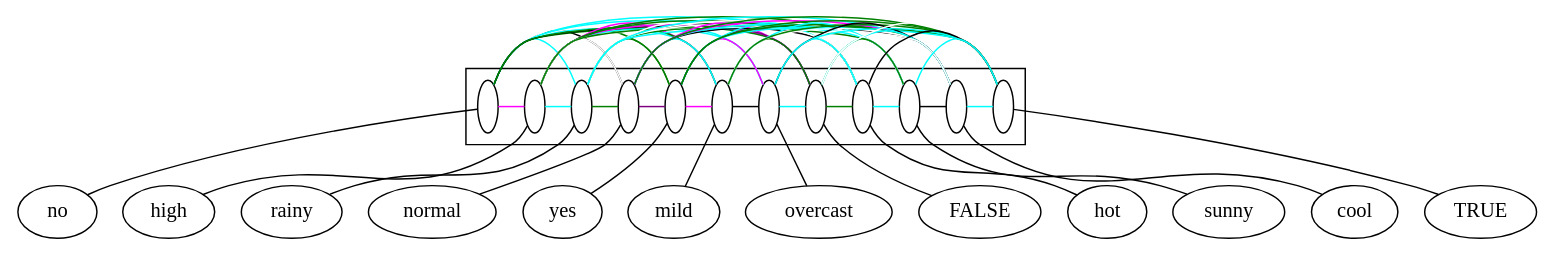
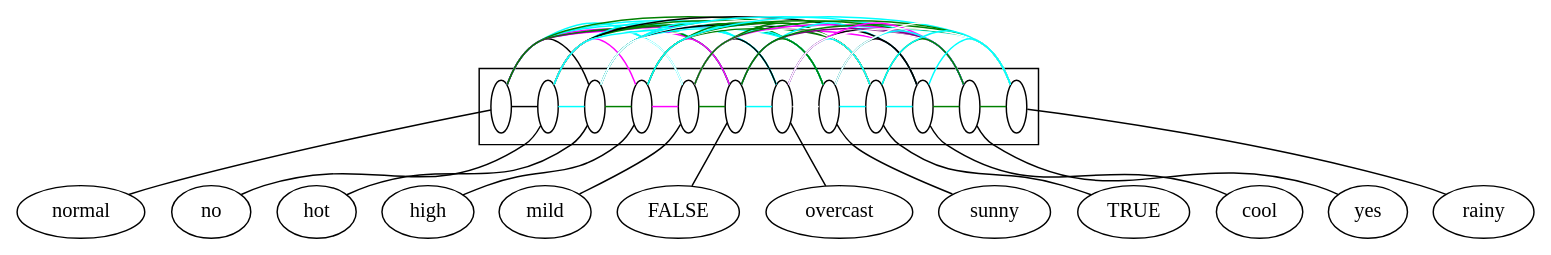
One commit to lrodrin/TFG changed the diagram in src/final/linear2structure.dot. Above: the diagram before and after it, drawn with Graphviz. The commit also changed 24 other files, not shown here.

```diff
--- a/src/final/linear2structure.dot
+++ b/src/final/linear2structure.dot
@@ -1,112 +1,112 @@
 digraph G {
 compound=True;
+normal;
 no;
+hot;
 high;
+mild;
+FALSE;
+overcast;
+sunny;
+TRUE;
+cool;
+yes;
 rainy;
-normal;
-yes;
-mild;
-overcast;
-FALSE;
-hot;
-sunny;
-cool;
-TRUE;
-subgraph cluster_rainysunnyyeshothighovercastmildFALSEnormalcoolnoTRUE {
-s_no [width=0.2, fixedsize=True, label=" ", fillcolor=white];
-s_high [width=0.2, fixedsize=True, label=" ", fillcolor=white];
-s_rainy [width=0.2, fixedsize=True, label=" ", fillcolor=white];
-s_normal [width=0.2, fixedsize=True, label=" ", fillcolor=white];
-s_yes [width=0.2, fixedsize=True, label=" ", fillcolor=white];
-s_mild [width=0.2, fixedsize=True, label=" ", fillcolor=white];
-s_overcast [width=0.2, fixedsize=True, label=" ", fillcolor=white];
-s_FALSE [width=0.2, fixedsize=True, label=" ", fillcolor=white];
-s_hot [width=0.2, fixedsize=True, label=" ", fillcolor=white];
-s_sunny [width=0.2, fixedsize=True, label=" ", fillcolor=white];
-s_cool [width=0.2, fixedsize=True, label=" ", fillcolor=white];
-s_TRUE [width=0.2, fixedsize=True, label=" ", fillcolor=white];
+subgraph cluster_hotTRUEyesnormalcoolhighovercastsunnyFALSEnomildrainy {
+s_normal [label=" ", fillcolor=white, width=0.2, fixedsize=True];
+s_no [label=" ", fillcolor=white, width=0.2, fixedsize=True];
+s_hot [label=" ", fillcolor=white, width=0.2, fixedsize=True];
+s_high [label=" ", fillcolor=white, width=0.2, fixedsize=True];
+s_mild [label=" ", fillcolor=white, width=0.2, fixedsize=True];
+s_FALSE [label=" ", fillcolor=white, width=0.2, fixedsize=True];
+s_overcast [label=" ", fillcolor=white, width=0.2, fixedsize=True];
+s_sunny [label=" ", fillcolor=white, width=0.2, fixedsize=True];
+s_TRUE [label=" ", fillcolor=white, width=0.2, fixedsize=True];
+s_cool [label=" ", fillcolor=white, width=0.2, fixedsize=True];
+s_yes [label=" ", fillcolor=white, width=0.2, fixedsize=True];
+s_rainy [label=" ", fillcolor=white, width=0.2, fixedsize=True];
 subgraph  {
 rank=same;
+s_normal -> s_no  [color=black, arrowhead=none];
+s_normal -> s_hot  [color=black, arrowhead=none];
+s_normal -> s_high  [color=white, arrowhead=none];
+s_normal -> s_mild  [color=cyan, arrowhead=none];
+s_normal -> s_FALSE  [color=magenta, arrowhead=none];
+s_normal -> s_overcast  [color=cyan, arrowhead=none];
+s_normal -> s_sunny  [color=cyan, arrowhead=none];
+s_normal -> s_TRUE  [color=green, arrowhead=none];
+s_normal -> s_cool  [color=magenta, arrowhead=none];
+s_normal -> s_yes  [color=purple, arrowhead=none];
+s_normal -> s_rainy  [color=green, arrowhead=none];
+s_no -> s_hot  [color=cyan, arrowhead=none];
 s_no -> s_high  [color=magenta, arrowhead=none];
+s_no -> s_mild  [color=cyan, arrowhead=none];
+s_no -> s_FALSE  [color=cyan, arrowhead=none];
+s_no -> s_overcast  [color=white, arrowhead=none];
+s_no -> s_sunny  [color=green, arrowhead=none];
+s_no -> s_TRUE  [color=green, arrowhead=none];
+s_no -> s_cool  [color=black, arrowhead=none];
+s_no -> s_yes  [color=white, arrowhead=none];
 s_no -> s_rainy  [color=cyan, arrowhead=none];
-s_no -> s_normal  [color=black, arrowhead=none];
-s_no -> s_yes  [color=white, arrowhead=none];
-s_no -> s_mild  [color=cyan, arrowhead=none];
-s_no -> s_overcast  [color=white, arrowhead=none];
-s_no -> s_FALSE  [color=cyan, arrowhead=none];
-s_no -> s_hot  [color=cyan, arrowhead=none];
-s_no -> s_sunny  [color=green, arrowhead=none];
-s_no -> s_cool  [color=black, arrowhead=none];
-s_no -> s_TRUE  [color=green, arrowhead=none];
+s_hot -> s_high  [color=green, arrowhead=none];
+s_hot -> s_mild  [color=white, arrowhead=none];
+s_hot -> s_FALSE  [color=green, arrowhead=none];
+s_hot -> s_overcast  [color=cyan, arrowhead=none];
+s_hot -> s_sunny  [color=cyan, arrowhead=none];
+s_hot -> s_TRUE  [color=black, arrowhead=none];
+s_hot -> s_cool  [color=white, arrowhead=none];
+s_hot -> s_yes  [color=cyan, arrowhead=none];
+s_hot -> s_rainy  [color=white, arrowhead=none];
+s_high -> s_mild  [color=magenta, arrowhead=none];
+s_high -> s_FALSE  [color=magenta, arrowhead=none];
+s_high -> s_overcast  [color=cyan, arrowhead=none];
+s_high -> s_sunny  [color=green, arrowhead=none];
+s_high -> s_TRUE  [color=green, arrowhead=none];
+s_high -> s_cool  [color=white, arrowhead=none];
+s_high -> s_yes  [color=green, arrowhead=none];
 s_high -> s_rainy  [color=cyan, arrowhead=none];
-s_high -> s_normal  [color=white, arrowhead=none];
-s_high -> s_yes  [color=green, arrowhead=none];
-s_high -> s_mild  [color=magenta, arrowhead=none];
-s_high -> s_overcast  [color=cyan, arrowhead=none];
-s_high -> s_FALSE  [color=magenta, arrowhead=none];
-s_high -> s_hot  [color=green, arrowhead=none];
-s_high -> s_sunny  [color=green, arrowhead=none];
-s_high -> s_cool  [color=white, arrowhead=none];
-s_high -> s_TRUE  [color=green, arrowhead=none];
-s_rainy -> s_normal  [color=green, arrowhead=none];
-s_rainy -> s_yes  [color=green, arrowhead=none];
-s_rainy -> s_mild  [color=green, arrowhead=none];
-s_rainy -> s_overcast  [color=white, arrowhead=none];
-s_rainy -> s_FALSE  [color=green, arrowhead=none];
-s_rainy -> s_hot  [color=white, arrowhead=none];
-s_rainy -> s_sunny  [color=white, arrowhead=none];
-s_rainy -> s_cool  [color=cyan, arrowhead=none];
-s_rainy -> s_TRUE  [color=cyan, arrowhead=none];
-s_normal -> s_yes  [color=purple, arrowhead=none];
-s_normal -> s_mild  [color=cyan, arrowhead=none];
-s_normal -> s_overcast  [color=cyan, arrowhead=none];
-s_normal -> s_FALSE  [color=magenta, arrowhead=none];
-s_normal -> s_hot  [color=black, arrowhead=none];
-s_normal -> s_sunny  [color=cyan, arrowhead=none];
-s_normal -> s_cool  [color=magenta, arrowhead=none];
-s_normal -> s_TRUE  [color=green, arrowhead=none];
-s_yes -> s_mild  [color=magenta, arrowhead=none];
-s_yes -> s_overcast  [color=magenta, arrowhead=none];
-s_yes -> s_FALSE  [color=purple, arrowhead=none];
-s_yes -> s_hot  [color=cyan, arrowhead=none];
-s_yes -> s_sunny  [color=cyan, arrowhead=none];
-s_yes -> s_cool  [color=green, arrowhead=none];
-s_yes -> s_TRUE  [color=green, arrowhead=none];
+s_mild -> s_FALSE  [color=green, arrowhead=none];
 s_mild -> s_overcast  [color=black, arrowhead=none];
-s_mild -> s_FALSE  [color=green, arrowhead=none];
-s_mild -> s_hot  [color=white, arrowhead=none];
 s_mild -> s_sunny  [color=cyan, arrowhead=none];
+s_mild -> s_TRUE  [color=green, arrowhead=none];
 s_mild -> s_cool  [color=white, arrowhead=none];
-s_mild -> s_TRUE  [color=green, arrowhead=none];
-s_overcast -> s_FALSE  [color=cyan, arrowhead=none];
-s_overcast -> s_hot  [color=cyan, arrowhead=none];
+s_mild -> s_yes  [color=magenta, arrowhead=none];
+s_mild -> s_rainy  [color=green, arrowhead=none];
+s_FALSE -> s_overcast  [color=cyan, arrowhead=none];
+s_FALSE -> s_sunny  [color=green, arrowhead=none];
+s_FALSE -> s_TRUE  [color=white, arrowhead=none];
+s_FALSE -> s_cool  [color=cyan, arrowhead=none];
+s_FALSE -> s_yes  [color=purple, arrowhead=none];
+s_FALSE -> s_rainy  [color=green, arrowhead=none];
 s_overcast -> s_sunny  [color=white, arrowhead=none];
+s_overcast -> s_TRUE  [color=cyan, arrowhead=none];
 s_overcast -> s_cool  [color=black, arrowhead=none];
-s_overcast -> s_TRUE  [color=cyan, arrowhead=none];
-s_FALSE -> s_hot  [color=green, arrowhead=none];
-s_FALSE -> s_sunny  [color=green, arrowhead=none];
-s_FALSE -> s_cool  [color=cyan, arrowhead=none];
-s_FALSE -> s_TRUE  [color=white, arrowhead=none];
-s_hot -> s_sunny  [color=cyan, arrowhead=none];
-s_hot -> s_cool  [color=white, arrowhead=none];
-s_hot -> s_TRUE  [color=black, arrowhead=none];
+s_overcast -> s_yes  [color=magenta, arrowhead=none];
+s_overcast -> s_rainy  [color=white, arrowhead=none];
+s_sunny -> s_TRUE  [color=cyan, arrowhead=none];
 s_sunny -> s_cool  [color=black, arrowhead=none];
-s_sunny -> s_TRUE  [color=cyan, arrowhead=none];
-s_cool -> s_TRUE  [color=cyan, arrowhead=none];
+s_sunny -> s_yes  [color=cyan, arrowhead=none];
+s_sunny -> s_rainy  [color=white, arrowhead=none];
+s_TRUE -> s_cool  [color=cyan, arrowhead=none];
+s_TRUE -> s_yes  [color=green, arrowhead=none];
+s_TRUE -> s_rainy  [color=cyan, arrowhead=none];
+s_cool -> s_yes  [color=green, arrowhead=none];
+s_cool -> s_rainy  [color=cyan, arrowhead=none];
+s_yes -> s_rainy  [color=green, arrowhead=none];
 }
 
 }
 
+s_normal -> normal  [arrowhead=none];
 s_no -> no  [arrowhead=none];
+s_hot -> hot  [arrowhead=none];
 s_high -> high  [arrowhead=none];
+s_mild -> mild  [arrowhead=none];
+s_FALSE -> FALSE  [arrowhead=none];
+s_overcast -> overcast  [arrowhead=none];
+s_sunny -> sunny  [arrowhead=none];
+s_TRUE -> TRUE  [arrowhead=none];
+s_cool -> cool  [arrowhead=none];
+s_yes -> yes  [arrowhead=none];
 s_rainy -> rainy  [arrowhead=none];
-s_normal -> normal  [arrowhead=none];
-s_yes -> yes  [arrowhead=none];
-s_mild -> mild  [arrowhead=none];
-s_overcast -> overcast  [arrowhead=none];
-s_FALSE -> FALSE  [arrowhead=none];
-s_hot -> hot  [arrowhead=none];
-s_sunny -> sunny  [arrowhead=none];
-s_cool -> cool  [arrowhead=none];
-s_TRUE -> TRUE  [arrowhead=none];
 }
```
